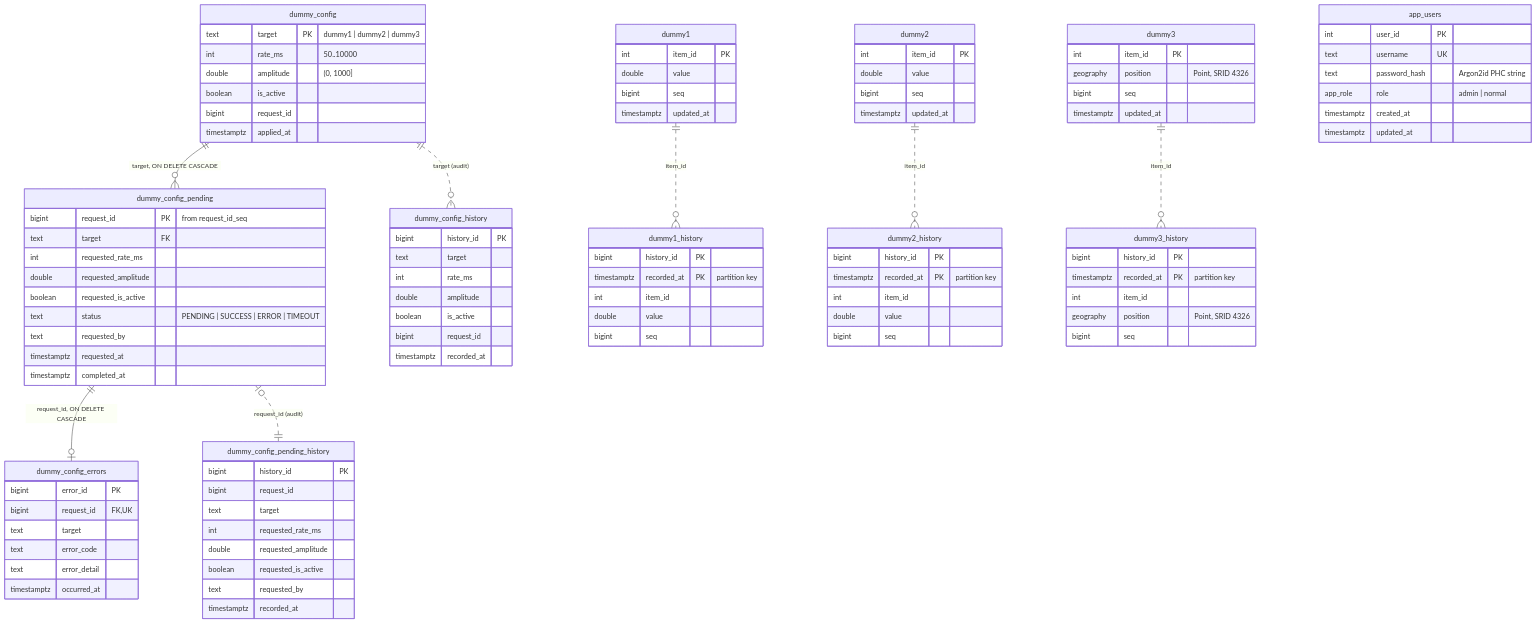
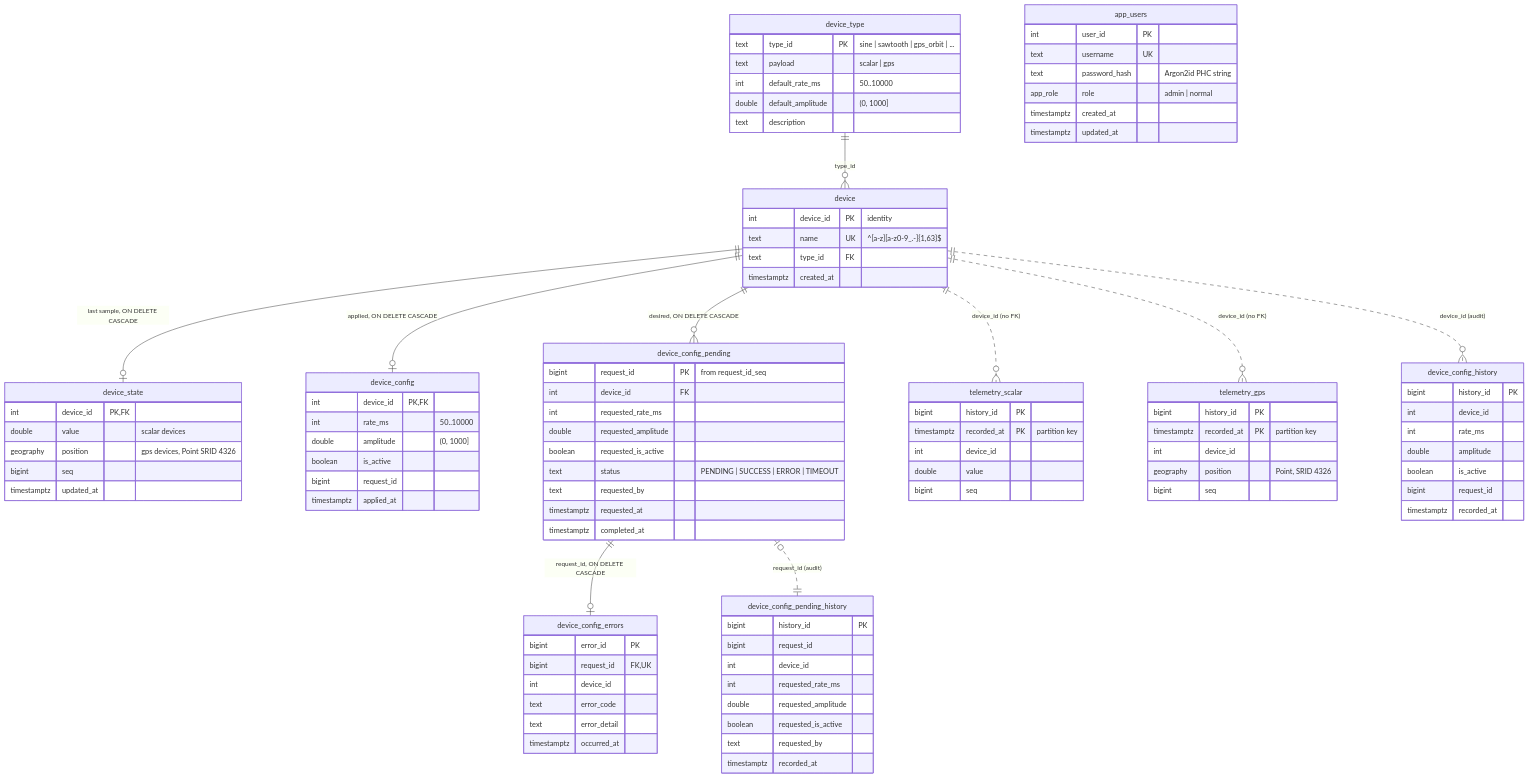
One commit to jgmatu/postgresql changed the first of 4 diagrams in sql/README.md. Above: the diagram before and after it, drawn with Mermaid. The commit also changed other lines of this file and 39 other files, not shown here.

First line of the commit message:
Model devices as rows and telemetry per payload shape.

````diff
--- a/sql/README.md
+++ b/sql/README.md
@@ -24,63 +28,60 @@
 ```mermaid
 erDiagram
-    dummy_config ||--o{ dummy_config_pending : "target, ON DELETE CASCADE"
-    dummy_config_pending ||--o| dummy_config_errors : "request_id, ON DELETE CASCADE"
-    dummy_config ||..o{ dummy_config_history : "target (audit)"
-    dummy_config_pending |o..|| dummy_config_pending_history : "request_id (audit)"
-    dummy1 ||..o{ dummy1_history : "item_id"
-    dummy2 ||..o{ dummy2_history : "item_id"
-    dummy3 ||..o{ dummy3_history : "item_id"
+    device_type ||--o{ device : "type_id"
+    device ||--o| device_state : "last sample, ON DELETE CASCADE"
+    device ||--o| device_config : "applied, ON DELETE CASCADE"
+    device ||--o{ device_config_pending : "desired, ON DELETE CASCADE"
+    device_config_pending ||--o| device_config_errors : "request_id, ON DELETE CASCADE"
+    device ||..o{ telemetry_scalar : "device_id (no FK)"
+    device ||..o{ telemetry_gps : "device_id (no FK)"
+    device ||..o{ device_config_history : "device_id (audit)"
+    device_config_pending |o..|| device_config_pending_history : "request_id (audit)"
 
-    dummy1 {
-        int item_id PK
-        double value
+    device_type {
+        text type_id PK "sine | sawtooth | gps_orbit | ..."
+        text payload "scalar | gps"
+        int default_rate_ms "50..10000"
+        double default_amplitude "(0, 1000]"
+        text description
+    }
+    device {
+        int device_id PK "identity"
+        text name UK "^[a-z][a-z0-9_.-]{1,63}$"
+        text type_id FK
+        timestamptz created_at
+    }
+    device_state {
+        int device_id PK,FK
+        double value "scalar devices"
+        geography position "gps devices, Point SRID 4326"
         bigint seq
         timestamptz updated_at
     }
-    dummy2 {
-        int item_id PK
-        double value
-        bigint seq
-        timestamptz updated_at
-    }
-    dummy3 {
-        int item_id PK
-        geography position "Point, SRID 4326"
-        bigint seq
-        timestamptz updated_at
-    }
-    dummy1_history {
+    telemetry_scalar {
         bigint history_id PK
         timestamptz recorded_at PK "partition key"
-        int item_id
+        int device_id
         double value
         bigint seq
     }
-    dummy2_history {
+    telemetry_gps {
         bigint history_id PK
         timestamptz recorded_at PK "partition key"
-        int item_id
-        double value
-        bigint seq
-    }
-    dummy3_history {
-        bigint history_id PK
-        timestamptz recorded_at PK "partition key"
-        int item_id
+        int device_id
         geography position "Point, SRID 4326"
         bigint seq
     }
-    dummy_config {
-        text target PK "dummy1 | dummy2 | dummy3"
+    device_config {
+        int device_id PK,FK
         int rate_ms "50..10000"
         double amplitude "(0, 1000]"
         boolean is_active
         bigint request_id
         timestamptz applied_at
     }
-    dummy_config_pending {
+    device_config_pending {
         bigint request_id PK "from request_id_seq"
-        text target FK
+        int device_id FK
         int requested_rate_ms
         double requested_amplitude
         boolean requested_is_active
@@ -89,27 +90,27 @@
         timestamptz requested_at
         timestamptz completed_at
     }
-    dummy_config_errors {
+    device_config_errors {
         bigint error_id PK
         bigint request_id FK,UK
-        text target
+        int device_id
         text error_code
         text error_detail
         timestamptz occurred_at
     }
-    dummy_config_history {
+    device_config_history {
         bigint history_id PK
-        text target
+        int device_id
         int rate_ms
         double amplitude
         boolean is_active
         bigint request_id
         timestamptz recorded_at
     }
-    dummy_config_pending_history {
+    device_config_pending_history {
         bigint history_id PK
         bigint request_id
-        text target
+        int device_id
         int requested_rate_ms
         double requested_amplitude
         boolean requested_is_active
````
